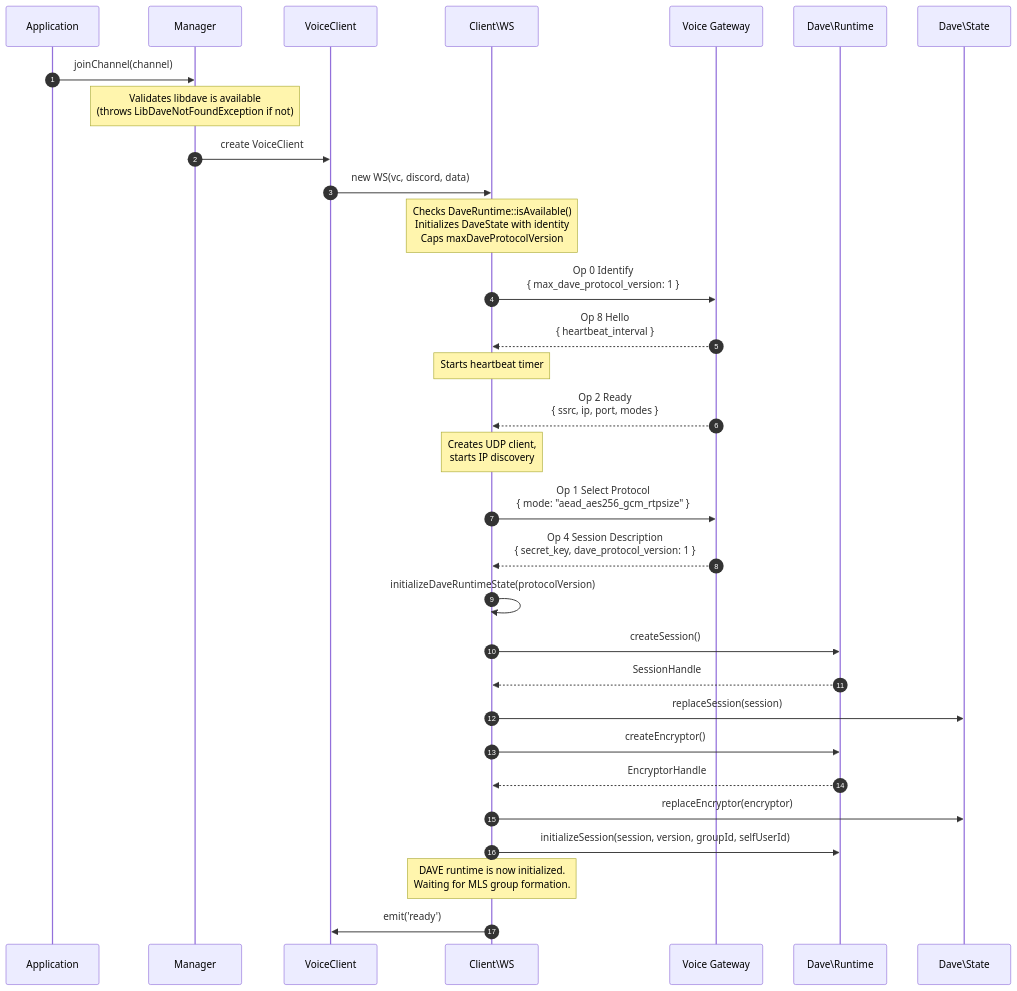
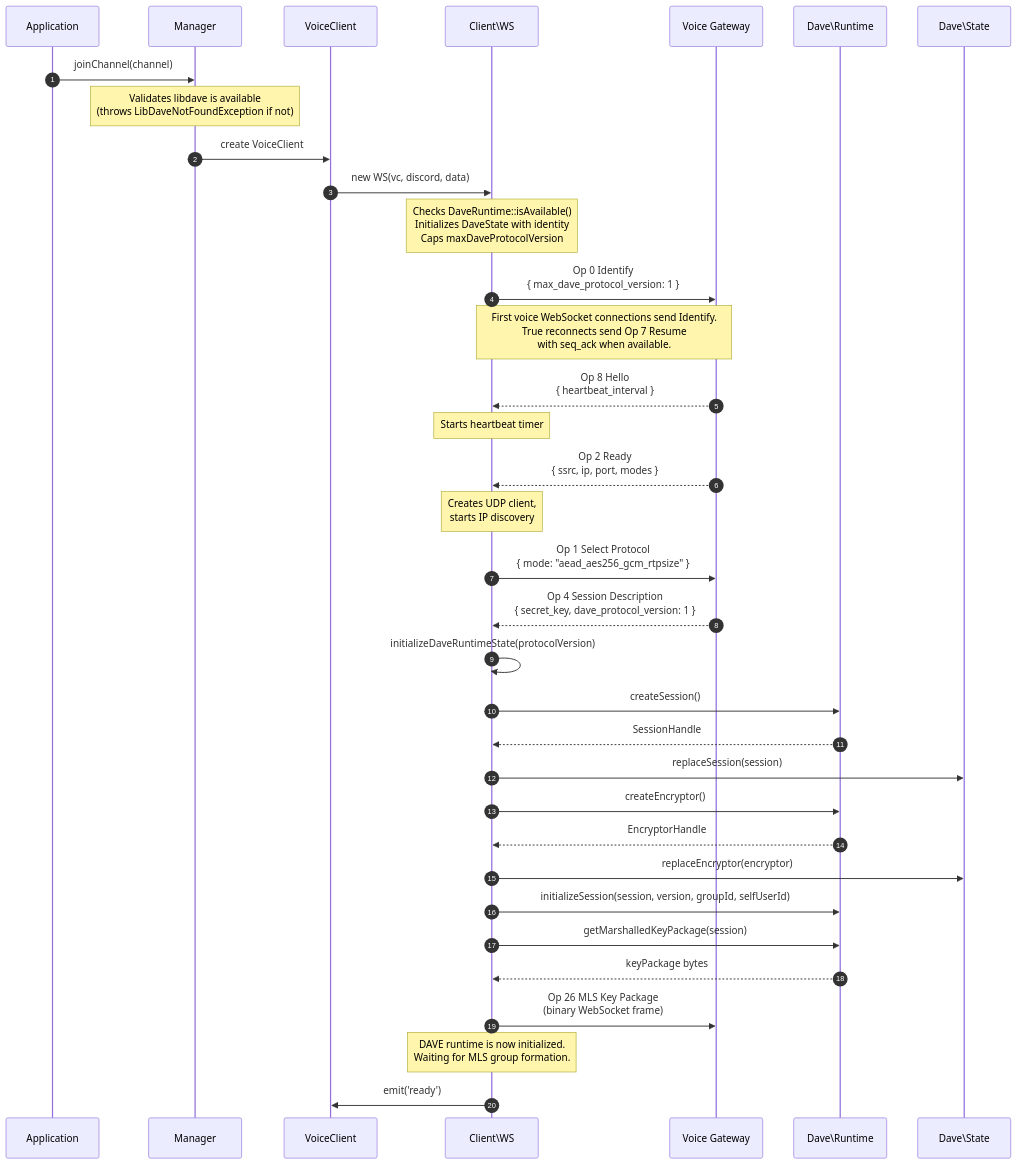
The second of 10 diagrams in docs/DAVE.md (discord-php/DiscordPHP-Voice), drawn with Mermaid before and after one commit. The commit also changed other lines of this file and 4 other files, not shown here.

````diff
--- a/docs/DAVE.md
+++ b/docs/DAVE.md
@@ -86,39 +86,43 @@
 ```mermaid
 sequenceDiagram
     autonumber
     participant App as Application
     participant Mgr as Manager
     participant VC as VoiceClient
     participant WS as Client\WS
     participant GW as Voice Gateway
     participant RT as Dave\Runtime
     participant ST as Dave\State
 
     App->>Mgr: joinChannel(channel)
     Note over Mgr: Validates libdave is available<br/>(throws LibDaveNotFoundException if not)
     Mgr->>VC: create VoiceClient
     VC->>WS: new WS(vc, discord, data)
     Note over WS: Checks DaveRuntime::isAvailable()<br/>Initializes DaveState with identity<br/>Caps maxDaveProtocolVersion
 
     WS->>GW: Op 0 Identify<br/>{ max_dave_protocol_version: 1 }
+    Note over WS,GW: First voice WebSocket connections send Identify.<br/>True reconnects send Op 7 Resume<br/>with seq_ack when available.
     GW-->>WS: Op 8 Hello<br/>{ heartbeat_interval }
     Note over WS: Starts heartbeat timer
     GW-->>WS: Op 2 Ready<br/>{ ssrc, ip, port, modes }
     Note over WS: Creates UDP client,<br/>starts IP discovery
 
     WS->>GW: Op 1 Select Protocol<br/>{ mode: "aead_aes256_gcm_rtpsize" }
     GW-->>WS: Op 4 Session Description<br/>{ secret_key, dave_protocol_version: 1 }
 
     WS->>WS: initializeDaveRuntimeState(protocolVersion)
     WS->>RT: createSession()
     RT-->>WS: SessionHandle
     WS->>ST: replaceSession(session)
     WS->>RT: createEncryptor()
     RT-->>WS: EncryptorHandle
     WS->>ST: replaceEncryptor(encryptor)
     WS->>RT: initializeSession(session, version, groupId, selfUserId)
+    WS->>RT: getMarshalledKeyPackage(session)
+    RT-->>WS: keyPackage bytes
+    WS->>GW: Op 26 MLS Key Package<br/>(binary WebSocket frame)
 
     Note over WS: DAVE runtime is now initialized.<br/>Waiting for MLS group formation.
 
     WS->>VC: emit('ready')
 ```
````
